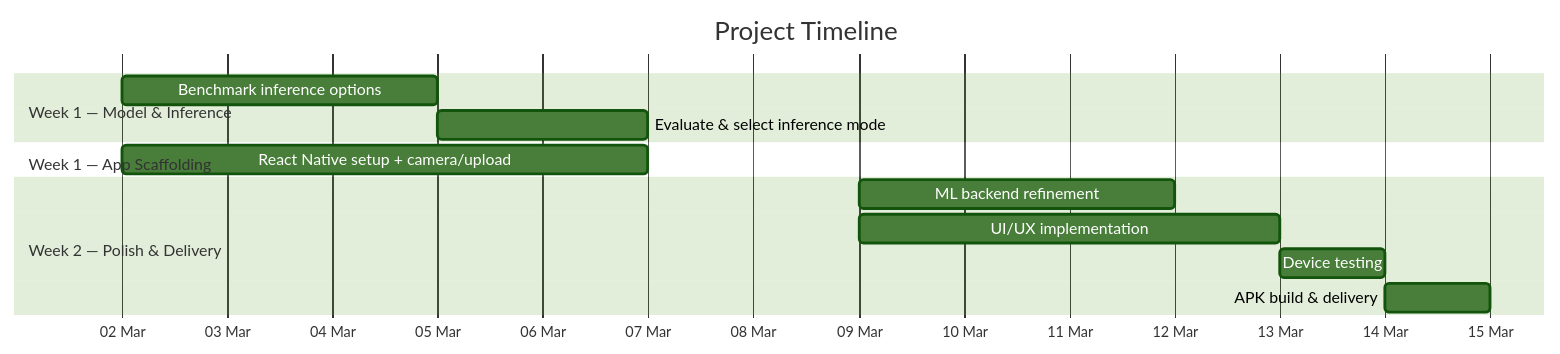
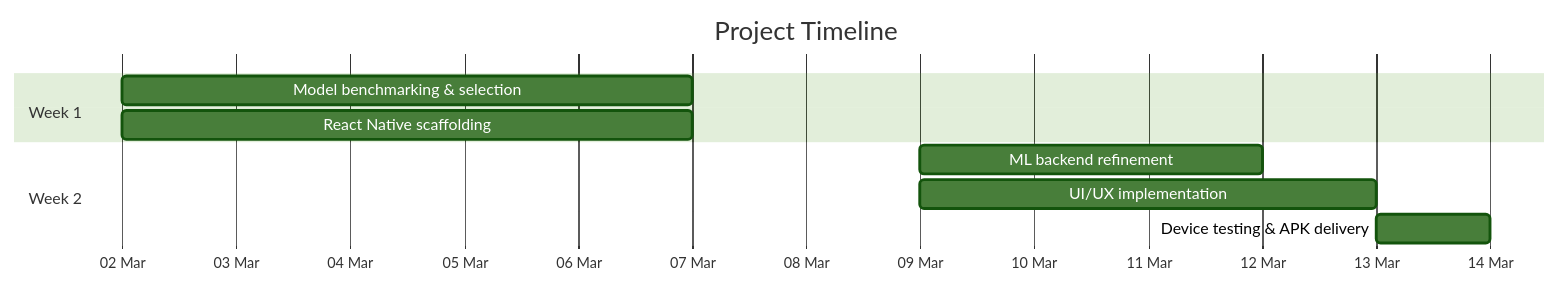
One commit to charbeltabet/pill-counting changed the diagram in proposal.md. Above: the diagram before and after it, drawn with Mermaid (forest theme). The commit also changed other lines of this file, not shown here.

````diff
--- a/proposal.md
+++ b/proposal.md
@@ -95,19 +52,15 @@
 ```mermaid
 gantt
     title Project Timeline
     dateFormat  YYYY-MM-DD
     axisFormat  %d %b
 
-    section Week 1 — Model & Inference
-    Benchmark inference options          :a1, 2026-03-02, 3d
-    Evaluate & select inference mode     :a2, after a1, 2d
+    section Week 1
+    Model benchmarking & selection       :a1, 2026-03-02, 5d
+    React Native scaffolding             :b1, 2026-03-02, 5d
 
-    section Week 1 — App Scaffolding
-    React Native setup + camera/upload   :b1, 2026-03-02, 5d
-
-    section Week 2 — Polish & Delivery
+    section Week 2
     ML backend refinement                :c1, 2026-03-09, 3d
     UI/UX implementation                 :c2, 2026-03-09, 4d
-    Device testing                       :c3, after c2, 1d
-    APK build & delivery                 :c4, after c3, 1d
+    Device testing & APK delivery        :c3, after c2, 1d
 ```
````
